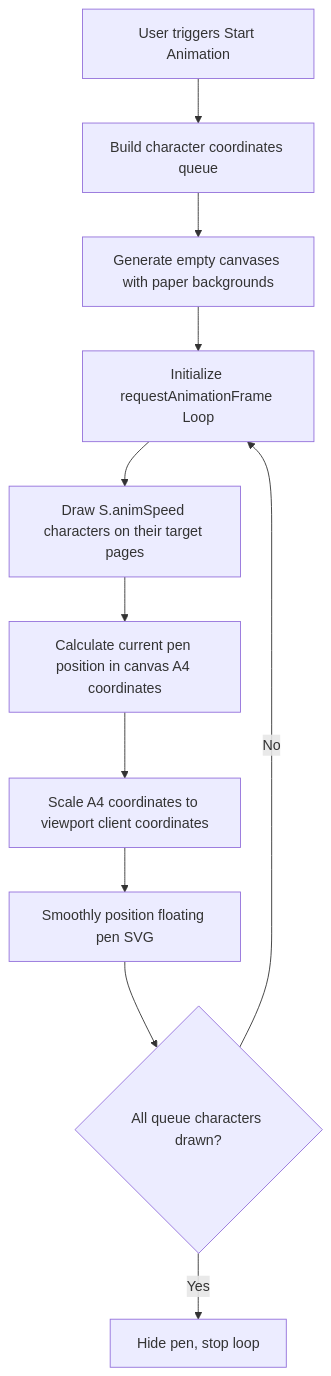
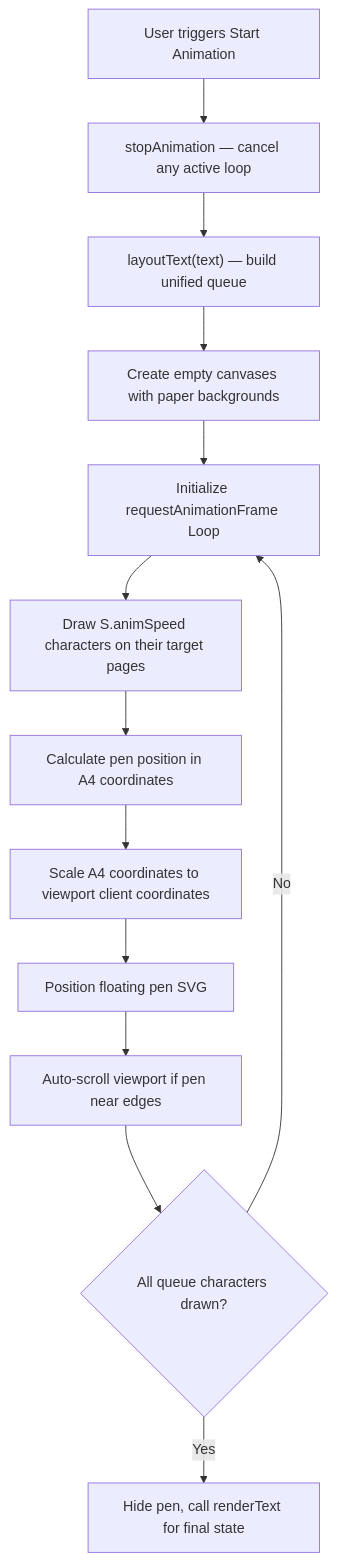
Before and after one commit to VIPHACKER100/Inkflow: the second of 2 diagrams in docs/animation-engine.md, drawn with Mermaid. The commit also changed other lines of this file and 13 other files, not shown here.

````diff
--- a/docs/animation-engine.md
+++ b/docs/animation-engine.md
@@ -38,13 +41,15 @@
 ```mermaid
 graph TD
-    A[User triggers Start Animation] --> B[Build character coordinates queue]
-    B --> C[Generate empty canvases with paper backgrounds]
-    C --> D[Initialize requestAnimationFrame Loop]
-    D --> E[Draw S.animSpeed characters on their target pages]
-    E --> F[Calculate current pen position in canvas A4 coordinates]
-    F --> G[Scale A4 coordinates to viewport client coordinates]
-    G --> H[Smoothly position floating pen SVG]
-    H --> I{All queue characters drawn?}
-    I -->|Yes| J[Hide pen, stop loop]
-    I -->|No| D
+    A[User triggers Start Animation] --> B[stopAnimation — cancel any active loop]
+    B --> C["layoutText(text) — build unified queue"]
+    C --> D[Create empty canvases with paper backgrounds]
+    D --> E[Initialize requestAnimationFrame Loop]
+    E --> F[Draw S.animSpeed characters on their target pages]
+    F --> G[Calculate pen position in A4 coordinates]
+    G --> H[Scale A4 coordinates to viewport client coordinates]
+    H --> I[Position floating pen SVG]
+    I --> J[Auto-scroll viewport if pen near edges]
+    J --> K{All queue characters drawn?}
+    K -->|Yes| L[Hide pen, call renderText for final state]
+    K -->|No| E
 ```
````
